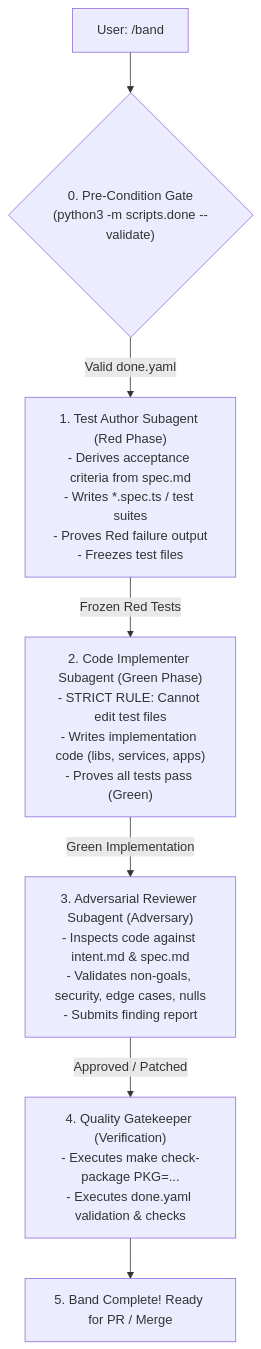
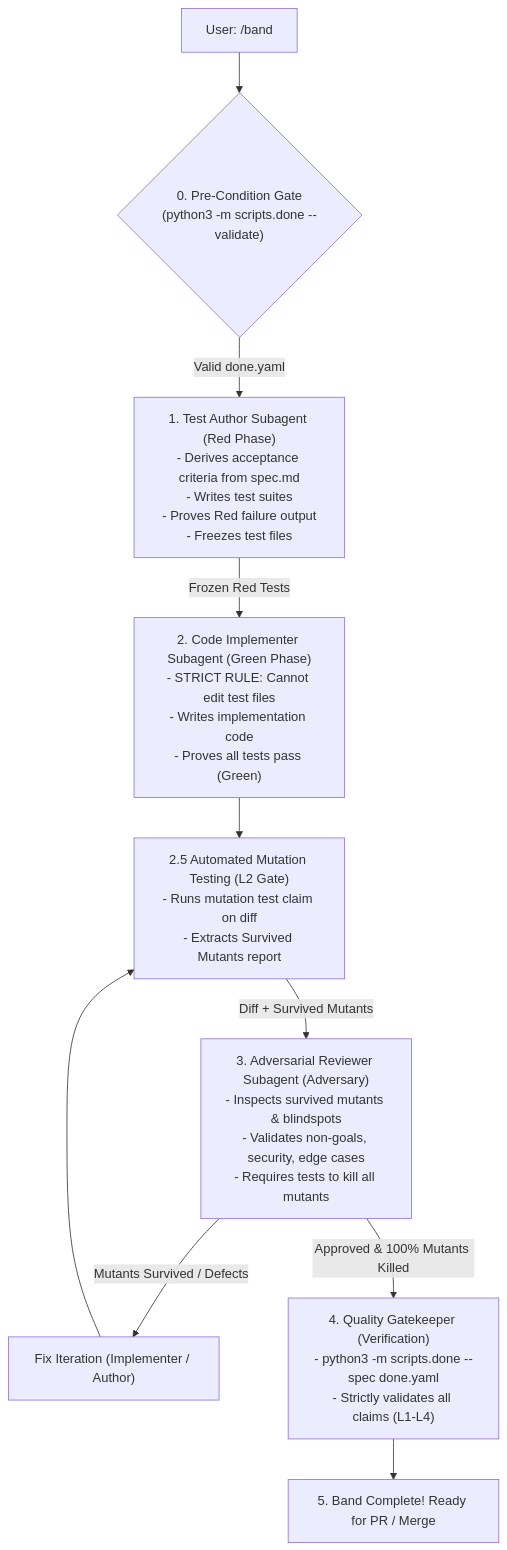
The diagram in .agents/skills/band/SKILL.md (jiva-studio/vidya), drawn with Mermaid before and after one commit. The commit also changed other lines of this file, not shown here.

Commit message:
feat(skills): integrate automated mutation testing and survived mutants into adversarial review for band orchestrator

````diff
--- a/.agents/skills/band/SKILL.md
+++ b/.agents/skills/band/SKILL.md
@@ -12,13 +12,18 @@
 ```mermaid
 flowchart TD
     User["User: /band"] --> PreCheck{"0. Pre-Condition Gate\n(python3 -m scripts.done --validate)"}
-    PreCheck -->|Valid done.yaml| Stage1["1. Test Author Subagent (Red Phase)\n- Derives acceptance criteria from spec.md\n- Writes *.spec.ts / test suites\n- Proves Red failure output\n- Freezes test files"]
+    PreCheck -->|Valid done.yaml| Stage1["1. Test Author Subagent (Red Phase)\n- Derives acceptance criteria from spec.md\n- Writes test suites\n- Proves Red failure output\n- Freezes test files"]
     
-    Stage1 -->|Frozen Red Tests| Stage2["2. Code Implementer Subagent (Green Phase)\n- STRICT RULE: Cannot edit test files\n- Writes implementation code (libs, services, apps)\n- Proves all tests pass (Green)"]
+    Stage1 -->|Frozen Red Tests| Stage2["2. Code Implementer Subagent (Green Phase)\n- STRICT RULE: Cannot edit test files\n- Writes implementation code\n- Proves all tests pass (Green)"]
     
-    Stage2 -->|Green Implementation| Stage3["3. Adversarial Reviewer Subagent (Adversary)\n- Inspects code against intent.md & spec.md\n- Validates non-goals, security, edge cases, nulls\n- Submits finding report"]
+    Stage2 --> Stage2_5["2.5 Automated Mutation Testing (L2 Gate)\n- Runs mutation test claim on diff\n- Extracts Survived Mutants report"]
     
-    Stage3 -->|Approved / Patched| Stage4["4. Quality Gatekeeper (Verification)\n- Executes make check-package PKG=...\n- Executes done.yaml validation & checks"]
+    Stage2_5 -->|Diff + Survived Mutants| Stage3["3. Adversarial Reviewer Subagent (Adversary)\n- Inspects survived mutants & blindspots\n- Validates non-goals, security, edge cases\n- Requires tests to kill all mutants"]
+    
+    Stage3 -->|Mutants Survived / Defects| Fix["Fix Iteration (Implementer / Author)"]
+    Fix --> Stage2_5
+    
+    Stage3 -->|Approved & 100% Mutants Killed| Stage4["4. Quality Gatekeeper (Verification)\n- python3 -m scripts.done --spec done.yaml\n- Strictly validates all claims (L1-L4)"]
     
     Stage4 --> Done["5. Band Complete! Ready for PR / Merge"]
 ```
````
